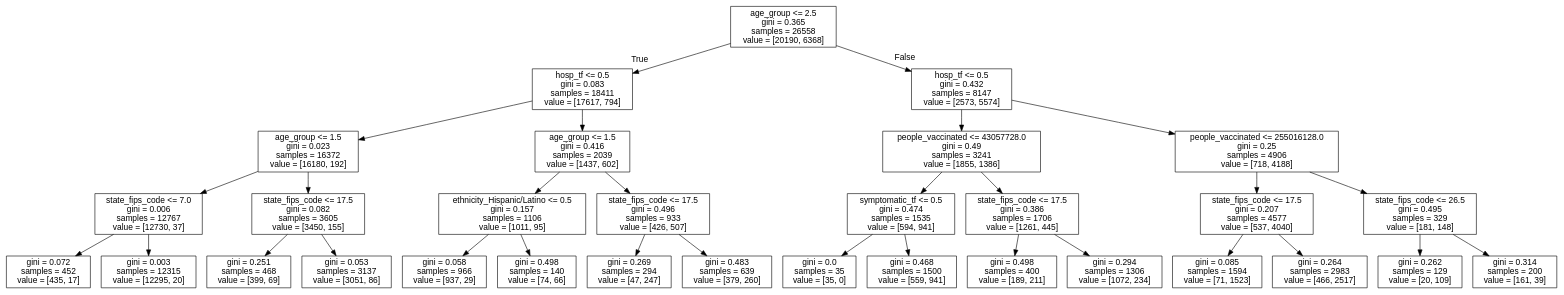
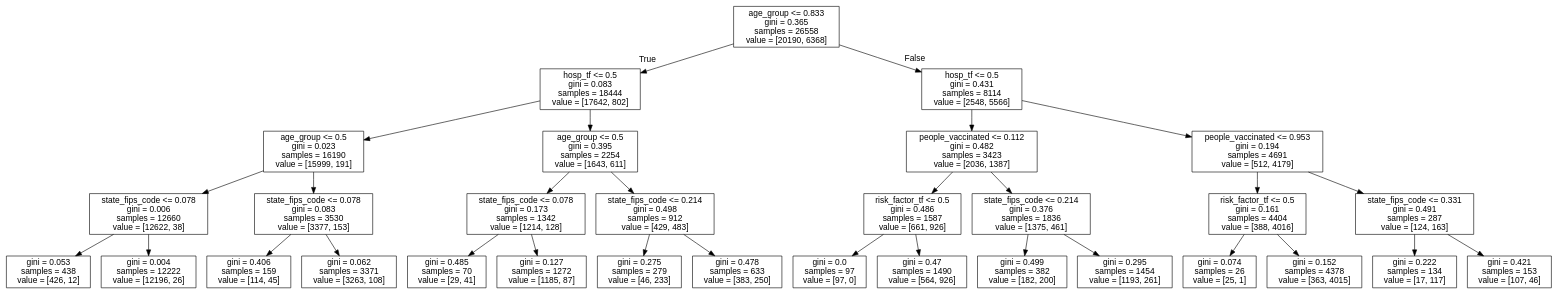
Before and after one commit to tlopesx/Assignment-2: the diagram in 22202398_Submission/DecisionTree4.dot, drawn with Graphviz. The commit also changed 4 other files, not shown here.

```diff
--- a/22202398_Submission/DecisionTree4.dot
+++ b/22202398_Submission/DecisionTree4.dot
@@ -1,65 +1,65 @@
 digraph Tree {
 node [shape=box, fontname="helvetica"] ;
 edge [fontname="helvetica"] ;
-0 [label="age_group <= 2.5\ngini = 0.365\nsamples = 26558\nvalue = [20190, 6368]"] ;
-1 [label="hosp_tf <= 0.5\ngini = 0.083\nsamples = 18411\nvalue = [17617, 794]"] ;
+0 [label="age_group <= 0.833\ngini = 0.365\nsamples = 26558\nvalue = [20190, 6368]"] ;
+1 [label="hosp_tf <= 0.5\ngini = 0.083\nsamples = 18444\nvalue = [17642, 802]"] ;
 0 -> 1 [labeldistance=2.5, labelangle=45, headlabel="True"] ;
-2 [label="age_group <= 1.5\ngini = 0.023\nsamples = 16372\nvalue = [16180, 192]"] ;
+2 [label="age_group <= 0.5\ngini = 0.023\nsamples = 16190\nvalue = [15999, 191]"] ;
 1 -> 2 ;
-3 [label="state_fips_code <= 7.0\ngini = 0.006\nsamples = 12767\nvalue = [12730, 37]"] ;
+3 [label="state_fips_code <= 0.078\ngini = 0.006\nsamples = 12660\nvalue = [12622, 38]"] ;
 2 -> 3 ;
-4 [label="gini = 0.072\nsamples = 452\nvalue = [435, 17]"] ;
+4 [label="gini = 0.053\nsamples = 438\nvalue = [426, 12]"] ;
 3 -> 4 ;
-5 [label="gini = 0.003\nsamples = 12315\nvalue = [12295, 20]"] ;
+5 [label="gini = 0.004\nsamples = 12222\nvalue = [12196, 26]"] ;
 3 -> 5 ;
-6 [label="state_fips_code <= 17.5\ngini = 0.082\nsamples = 3605\nvalue = [3450, 155]"] ;
+6 [label="state_fips_code <= 0.078\ngini = 0.083\nsamples = 3530\nvalue = [3377, 153]"] ;
 2 -> 6 ;
-7 [label="gini = 0.251\nsamples = 468\nvalue = [399, 69]"] ;
+7 [label="gini = 0.406\nsamples = 159\nvalue = [114, 45]"] ;
 6 -> 7 ;
-8 [label="gini = 0.053\nsamples = 3137\nvalue = [3051, 86]"] ;
+8 [label="gini = 0.062\nsamples = 3371\nvalue = [3263, 108]"] ;
 6 -> 8 ;
-9 [label="age_group <= 1.5\ngini = 0.416\nsamples = 2039\nvalue = [1437, 602]"] ;
+9 [label="age_group <= 0.5\ngini = 0.395\nsamples = 2254\nvalue = [1643, 611]"] ;
 1 -> 9 ;
-10 [label="ethnicity_Hispanic/Latino <= 0.5\ngini = 0.157\nsamples = 1106\nvalue = [1011, 95]"] ;
+10 [label="state_fips_code <= 0.078\ngini = 0.173\nsamples = 1342\nvalue = [1214, 128]"] ;
 9 -> 10 ;
-11 [label="gini = 0.058\nsamples = 966\nvalue = [937, 29]"] ;
+11 [label="gini = 0.485\nsamples = 70\nvalue = [29, 41]"] ;
 10 -> 11 ;
-12 [label="gini = 0.498\nsamples = 140\nvalue = [74, 66]"] ;
+12 [label="gini = 0.127\nsamples = 1272\nvalue = [1185, 87]"] ;
 10 -> 12 ;
-13 [label="state_fips_code <= 17.5\ngini = 0.496\nsamples = 933\nvalue = [426, 507]"] ;
+13 [label="state_fips_code <= 0.214\ngini = 0.498\nsamples = 912\nvalue = [429, 483]"] ;
 9 -> 13 ;
-14 [label="gini = 0.269\nsamples = 294\nvalue = [47, 247]"] ;
+14 [label="gini = 0.275\nsamples = 279\nvalue = [46, 233]"] ;
 13 -> 14 ;
-15 [label="gini = 0.483\nsamples = 639\nvalue = [379, 260]"] ;
+15 [label="gini = 0.478\nsamples = 633\nvalue = [383, 250]"] ;
 13 -> 15 ;
-16 [label="hosp_tf <= 0.5\ngini = 0.432\nsamples = 8147\nvalue = [2573, 5574]"] ;
+16 [label="hosp_tf <= 0.5\ngini = 0.431\nsamples = 8114\nvalue = [2548, 5566]"] ;
 0 -> 16 [labeldistance=2.5, labelangle=-45, headlabel="False"] ;
-17 [label="people_vaccinated <= 43057728.0\ngini = 0.49\nsamples = 3241\nvalue = [1855, 1386]"] ;
+17 [label="people_vaccinated <= 0.112\ngini = 0.482\nsamples = 3423\nvalue = [2036, 1387]"] ;
 16 -> 17 ;
-18 [label="symptomatic_tf <= 0.5\ngini = 0.474\nsamples = 1535\nvalue = [594, 941]"] ;
+18 [label="risk_factor_tf <= 0.5\ngini = 0.486\nsamples = 1587\nvalue = [661, 926]"] ;
 17 -> 18 ;
-19 [label="gini = 0.0\nsamples = 35\nvalue = [35, 0]"] ;
+19 [label="gini = 0.0\nsamples = 97\nvalue = [97, 0]"] ;
 18 -> 19 ;
-20 [label="gini = 0.468\nsamples = 1500\nvalue = [559, 941]"] ;
+20 [label="gini = 0.47\nsamples = 1490\nvalue = [564, 926]"] ;
 18 -> 20 ;
-21 [label="state_fips_code <= 17.5\ngini = 0.386\nsamples = 1706\nvalue = [1261, 445]"] ;
+21 [label="state_fips_code <= 0.214\ngini = 0.376\nsamples = 1836\nvalue = [1375, 461]"] ;
 17 -> 21 ;
-22 [label="gini = 0.498\nsamples = 400\nvalue = [189, 211]"] ;
+22 [label="gini = 0.499\nsamples = 382\nvalue = [182, 200]"] ;
 21 -> 22 ;
-23 [label="gini = 0.294\nsamples = 1306\nvalue = [1072, 234]"] ;
+23 [label="gini = 0.295\nsamples = 1454\nvalue = [1193, 261]"] ;
 21 -> 23 ;
-24 [label="people_vaccinated <= 255016128.0\ngini = 0.25\nsamples = 4906\nvalue = [718, 4188]"] ;
+24 [label="people_vaccinated <= 0.953\ngini = 0.194\nsamples = 4691\nvalue = [512, 4179]"] ;
 16 -> 24 ;
-25 [label="state_fips_code <= 17.5\ngini = 0.207\nsamples = 4577\nvalue = [537, 4040]"] ;
+25 [label="risk_factor_tf <= 0.5\ngini = 0.161\nsamples = 4404\nvalue = [388, 4016]"] ;
 24 -> 25 ;
-26 [label="gini = 0.085\nsamples = 1594\nvalue = [71, 1523]"] ;
+26 [label="gini = 0.074\nsamples = 26\nvalue = [25, 1]"] ;
 25 -> 26 ;
-27 [label="gini = 0.264\nsamples = 2983\nvalue = [466, 2517]"] ;
+27 [label="gini = 0.152\nsamples = 4378\nvalue = [363, 4015]"] ;
 25 -> 27 ;
-28 [label="state_fips_code <= 26.5\ngini = 0.495\nsamples = 329\nvalue = [181, 148]"] ;
+28 [label="state_fips_code <= 0.331\ngini = 0.491\nsamples = 287\nvalue = [124, 163]"] ;
 24 -> 28 ;
-29 [label="gini = 0.262\nsamples = 129\nvalue = [20, 109]"] ;
+29 [label="gini = 0.222\nsamples = 134\nvalue = [17, 117]"] ;
 28 -> 29 ;
-30 [label="gini = 0.314\nsamples = 200\nvalue = [161, 39]"] ;
+30 [label="gini = 0.421\nsamples = 153\nvalue = [107, 46]"] ;
 28 -> 30 ;
 }
```
